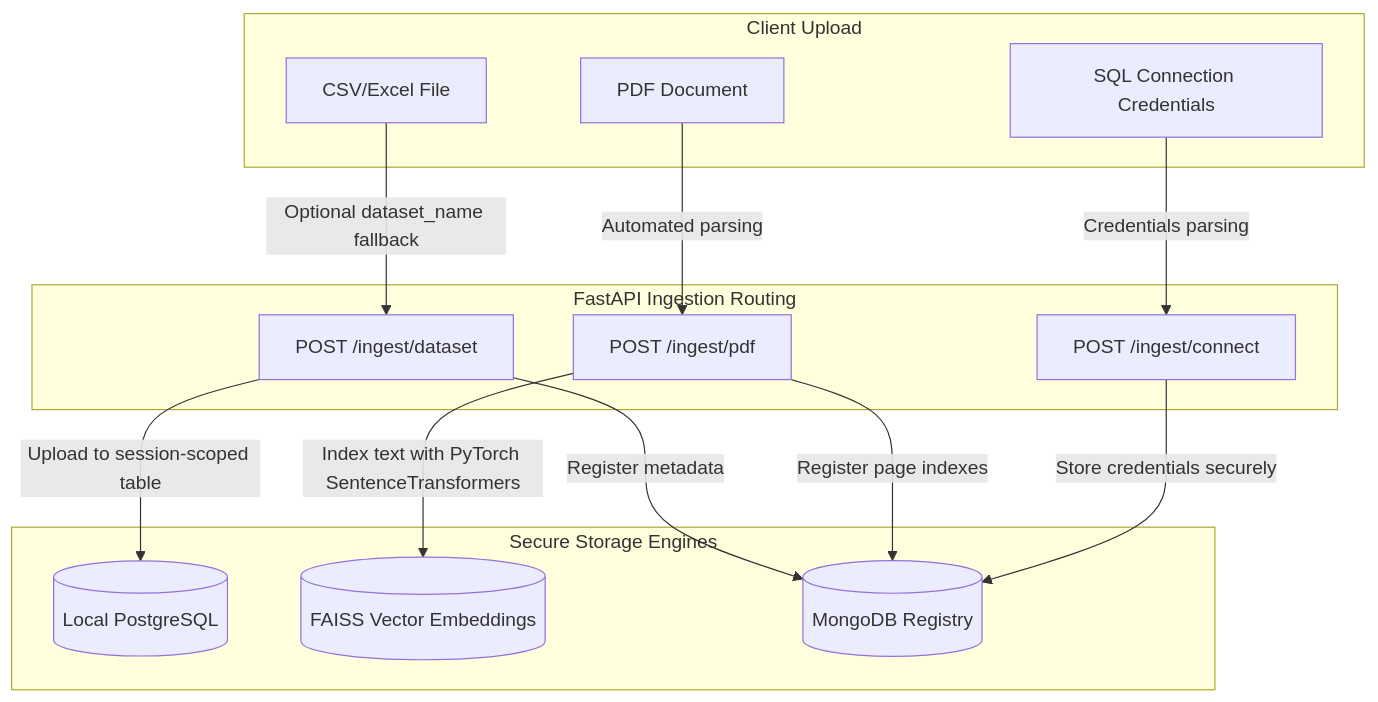
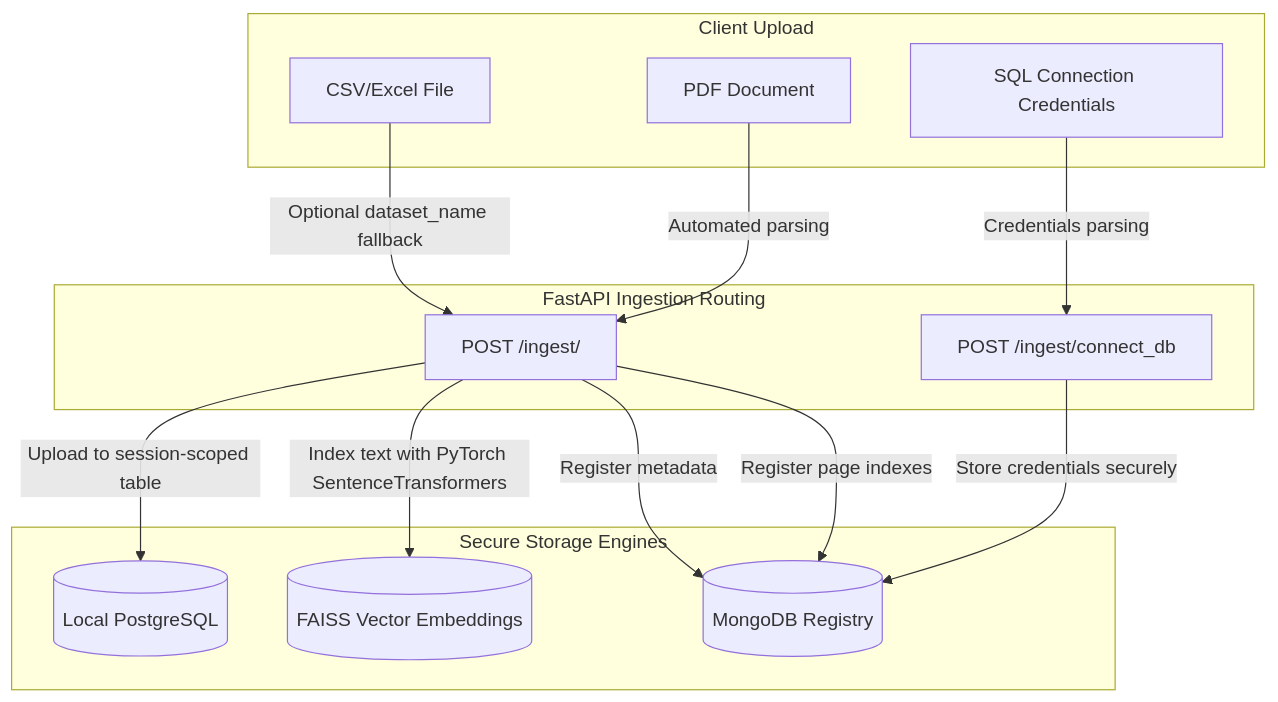
Before and after one commit to PRIME-07/Futures-First: the first of 2 diagrams in README.md, drawn with Mermaid. The commit also changed other lines of this file, not shown here.

````diff
--- a/README.md
+++ b/README.md
@@ -13,30 +13,29 @@
 ```mermaid
 flowchart TD
     subgraph Client Upload
         CSV[CSV/Excel File]
         PDF[PDF Document]
         DB_Creds[SQL Connection Credentials]
     end
 
     subgraph FastAPI Ingestion Routing
-        CSV_Route[POST /ingest/dataset]
-        PDF_Route[POST /ingest/pdf]
-        DB_Route[POST /ingest/connect]
+        File_Route[POST /ingest/]
+        DB_Route[POST /ingest/connect_db]
     end
 
     subgraph Secure Storage Engines
         PG[(Local PostgreSQL)]
         VectorDB[(FAISS Vector Embeddings)]
         Mongo[(MongoDB Registry)]
     end
 
-    CSV -->|Optional dataset_name fallback| CSV_Route
-    PDF -->|Automated parsing| PDF_Route
+    CSV -->|Optional dataset_name fallback| File_Route
+    PDF -->|Automated parsing| File_Route
     DB_Creds -->|Credentials parsing| DB_Route
 
-    CSV_Route -->|Upload to session-scoped table| PG
-    CSV_Route -->|Register metadata| Mongo
-    PDF_Route -->|Index text with PyTorch SentenceTransformers| VectorDB
-    PDF_Route -->|Register page indexes| Mongo
+    File_Route -->|Upload to session-scoped table| PG
+    File_Route -->|Register metadata| Mongo
+    File_Route -->|Index text with PyTorch SentenceTransformers| VectorDB
+    File_Route -->|Register page indexes| Mongo
     DB_Route -->|Store credentials securely| Mongo
 ```
````
